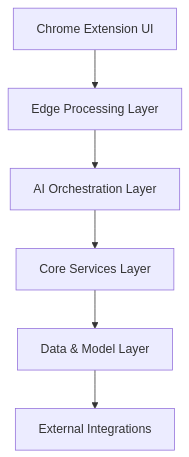
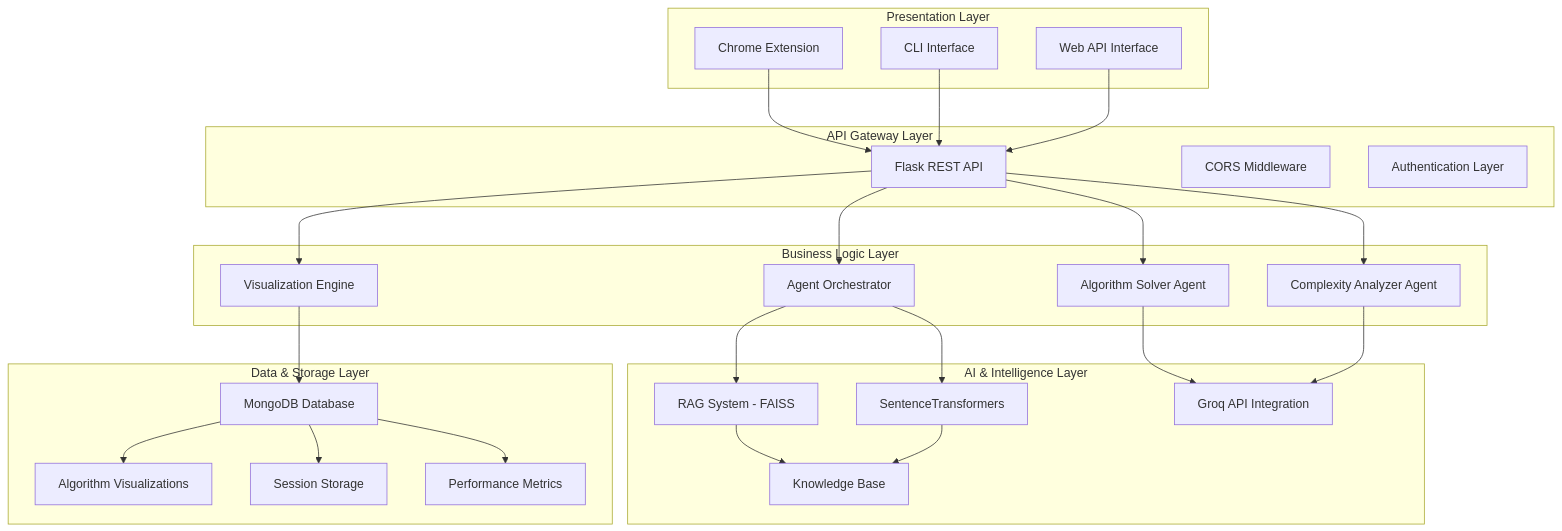
Before and after one commit to Kamalllx/VibeAlgo-AI: the first of 2 diagrams in README.md, drawn with Mermaid. The commit also changed other lines of this file, not shown here.

````diff
--- a/README.md
+++ b/README.md
@@ -11,8 +22,53 @@
 ```mermaid
-graph TD
-    A[Chrome Extension UI] --> B[Edge Processing Layer]
-    B --> C[AI Orchestration Layer]
-    C --> D[Core Services Layer]
-    D --> E[Data & Model Layer]
-    E --> F[External Integrations]
+graph TB
+    subgraph "Presentation Layer"
+        A[Chrome Extension] 
+        B[CLI Interface]
+        C[Web API Interface]
+    end
+    
+    subgraph "API Gateway Layer"
+        D[Flask REST API]
+        E[CORS Middleware]
+        F[Authentication Layer]
+    end
+    
+    subgraph "Business Logic Layer"
+        G[Agent Orchestrator]
+        H[Algorithm Solver Agent]
+        I[Complexity Analyzer Agent]
+        J[Visualization Engine]
+    end
+    
+    subgraph "AI & Intelligence Layer"
+        K[RAG System - FAISS]
+        L[SentenceTransformers]
+        M[Groq API Integration]
+        N[Knowledge Base]
+    end
+    
+    subgraph "Data & Storage Layer"
+        O[MongoDB Database]
+        P[Algorithm Visualizations]
+        Q[Session Storage]
+        R[Performance Metrics]
+    end
+    
+    A --> D
+    B --> D
+    C --> D
+    D --> G
+    D --> H
+    D --> I
+    D --> J
+    G --> K
+    G --> L
+    H --> M
+    I --> M
+    J --> O
+    K --> N
+    L --> N
+    O --> P
+    O --> Q
+    O --> R
 ```
````
